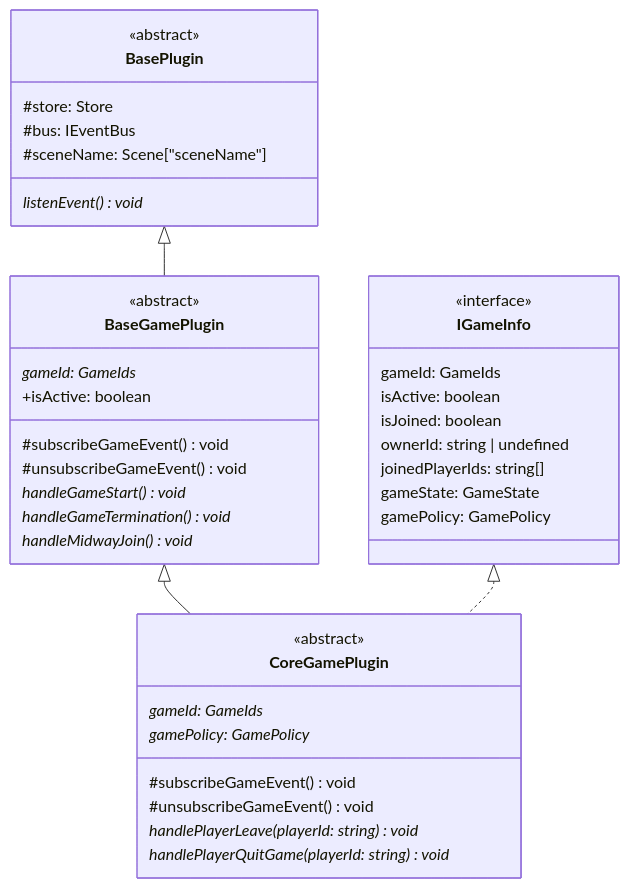
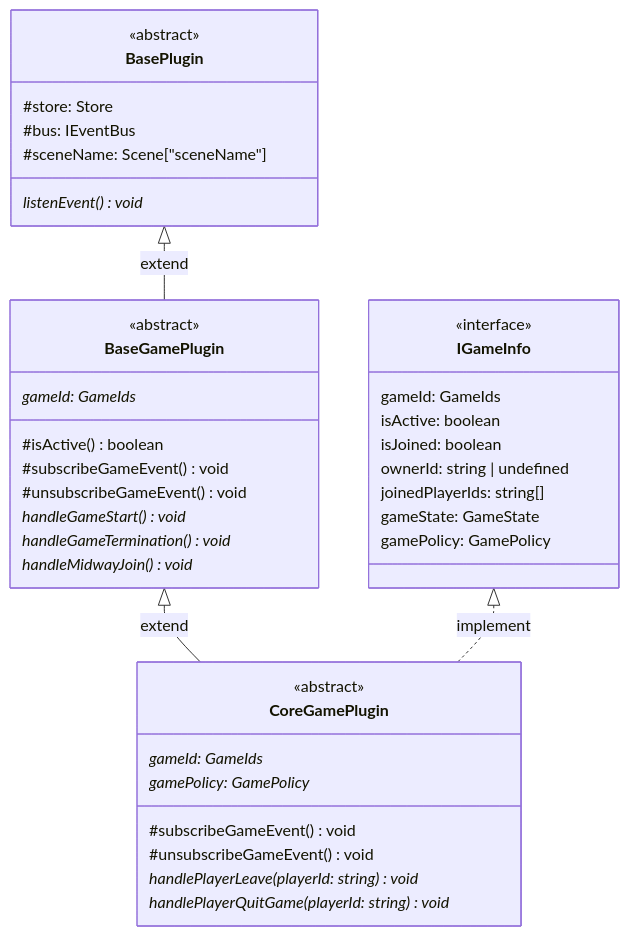
One commit to churadata/churaverse-plugins changed the diagram in churaverse-plugins-client/src/gamePlugin/gamePluginClass.md. Above: the diagram before and after it, drawn with Mermaid. The commit also changed 1 other file, not shown here.

Commit message:
クラス図の更新

````diff
--- a/churaverse-plugins-client/src/gamePlugin/gamePluginClass.md
+++ b/churaverse-plugins-client/src/gamePlugin/gamePluginClass.md
@@ -4,49 +4,49 @@
 ```mermaid
 classDiagram
-    BasePlugin <|-- BaseGamePlugin
-    BaseGamePlugin <|-- CoreGamePlugin
-    IGameInfo <|.. CoreGamePlugin
+    BasePlugin <|-- BaseGamePlugin : extend
+    BaseGamePlugin <|-- CoreGamePlugin : extend
+    IGameInfo <|.. CoreGamePlugin : implement
 
     class BasePlugin {
         <<abstract>>
         #store: Store<Scene>
         #bus: IEventBus<Scene>
         #sceneName: Scene["sceneName"]
 
         listenEvent() void *
     }
     
     class IGameInfo {
         <<interface>>
         gameId: GameIds
         isActive: boolean
         isJoined: boolean
         ownerId: string | undefined
         joinedPlayerIds: string[]
         gameState: GameState
         gamePolicy: GamePolicy
     }
 
     class BaseGamePlugin {
         <<abstract>>
         gameId: GameIds *
-        +isActive: boolean
 
+        #isActive() boolean
         #subscribeGameEvent() void
         #unsubscribeGameEvent() void
         handleGameStart() void *
         handleGameTermination() void *
         handleMidwayJoin() void *
     }
 
     class CoreGamePlugin {
         <<abstract>>
         gameId: GameIds *
         gamePolicy: GamePolicy *
 
         #subscribeGameEvent() void
         #unsubscribeGameEvent() void
         handlePlayerLeave(playerId: string) void *
         handlePlayerQuitGame(playerId: string) void *
     }
 ```
````
